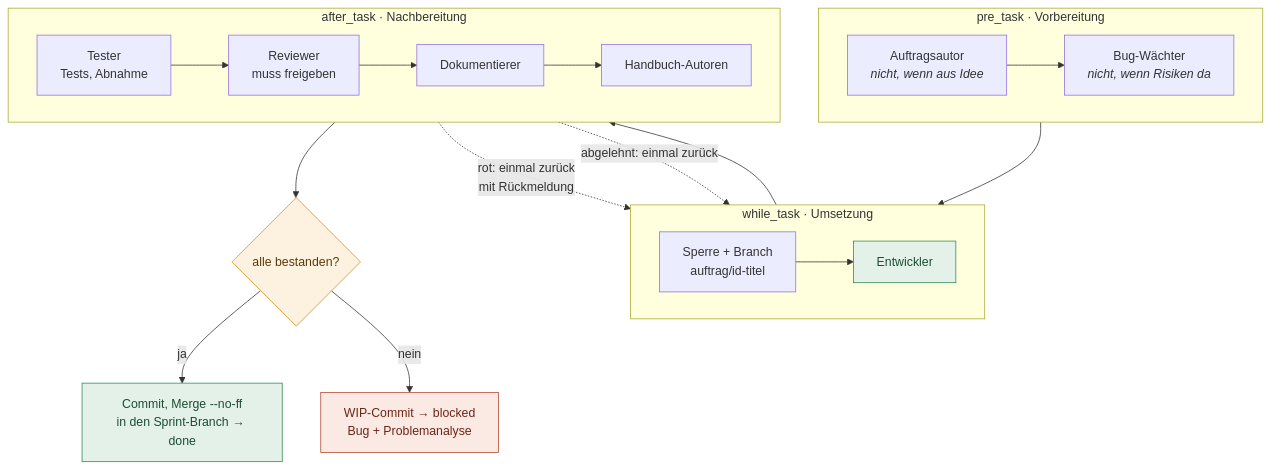
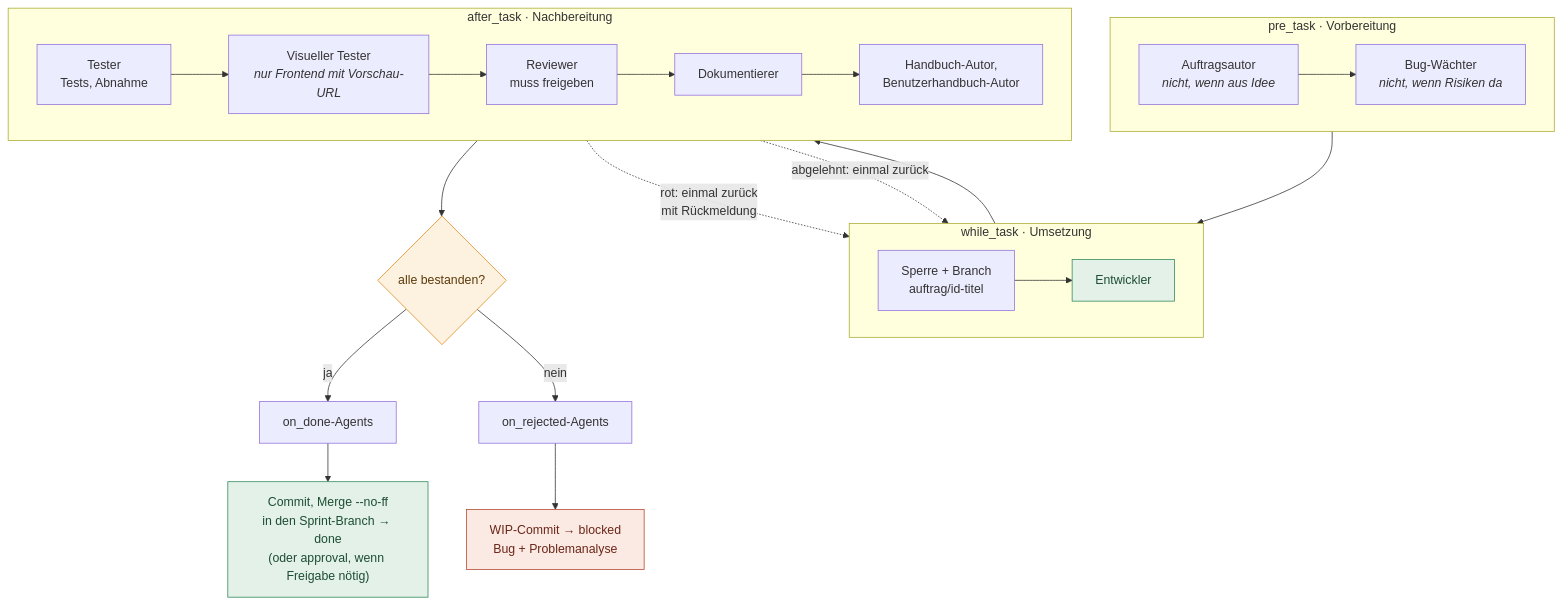
The fifth of 9 diagrams in docs/laufzeit.md (zaaaazzy/AutoDEV), drawn with Mermaid before and after one commit. The commit also changed other lines of this file and 8 other files, not shown here.

First line of the commit message:
docs: Dokumentation an den Code angleichen und Diagramme ergänzen

````diff
--- a/docs/laufzeit.md
+++ b/docs/laufzeit.md
@@ -178,26 +197,26 @@
 ```mermaid
 flowchart TB
   subgraph PRE["pre_task · Vorbereitung"]
     direction LR
     A1["Auftragsautor<br/><i>nicht, wenn aus Idee</i>"] --> A2["Bug-Wächter<br/><i>nicht, wenn Risiken da</i>"]
   end
   subgraph WHILE["while_task · Umsetzung"]
     direction LR
     B0["Sperre + Branch<br/>auftrag/id-titel"] --> B1["Entwickler"]:::ok
   end
   subgraph AFTER["after_task · Nachbereitung"]
     direction LR
-    C1["Tester<br/>Tests, Abnahme"] --> C2["Reviewer<br/>muss freigeben"] --> C3["Dokumentierer"] --> C4["Handbuch-Autoren"]
+    C1["Tester<br/>Tests, Abnahme"] --> C1b["Visueller Tester<br/><i>nur Frontend mit Vorschau-URL</i>"] --> C2["Reviewer<br/>muss freigeben"] --> C3["Dokumentierer"] --> C4["Handbuch-Autor,<br/>Benutzerhandbuch-Autor"]
   end
   A2 --> B0
   B1 --> C1
   C1 -.->|"rot: einmal zurück<br/>mit Rückmeldung"| B1
   C2 -.->|"abgelehnt: einmal zurück"| B1
   C4 --> S{"alle bestanden?"}:::wait
-  S -->|ja| OK["Commit, Merge --no-ff<br/>in den Sprint-Branch → done"]:::ok
-  S -->|nein| NO["WIP-Commit → blocked<br/>Bug + Problemanalyse"]:::bad
+  S -->|ja| OD["on_done-Agents"] --> OK["Commit, Merge --no-ff<br/>in den Sprint-Branch → done<br/>(oder approval, wenn Freigabe nötig)"]:::ok
+  S -->|nein| OR["on_rejected-Agents"] --> NO["WIP-Commit → blocked<br/>Bug + Problemanalyse"]:::bad
   classDef ok fill:#e3f1e8,stroke:#2f8a57,color:#1d4d33
   classDef bad fill:#fbe9e4,stroke:#b4472f,color:#6b2717
   classDef wait fill:#fdf1e0,stroke:#e08a1e,color:#5c3a0a
   classDef person fill:#e8eef6,stroke:#36608f,color:#1f3a5c
 ```
````
